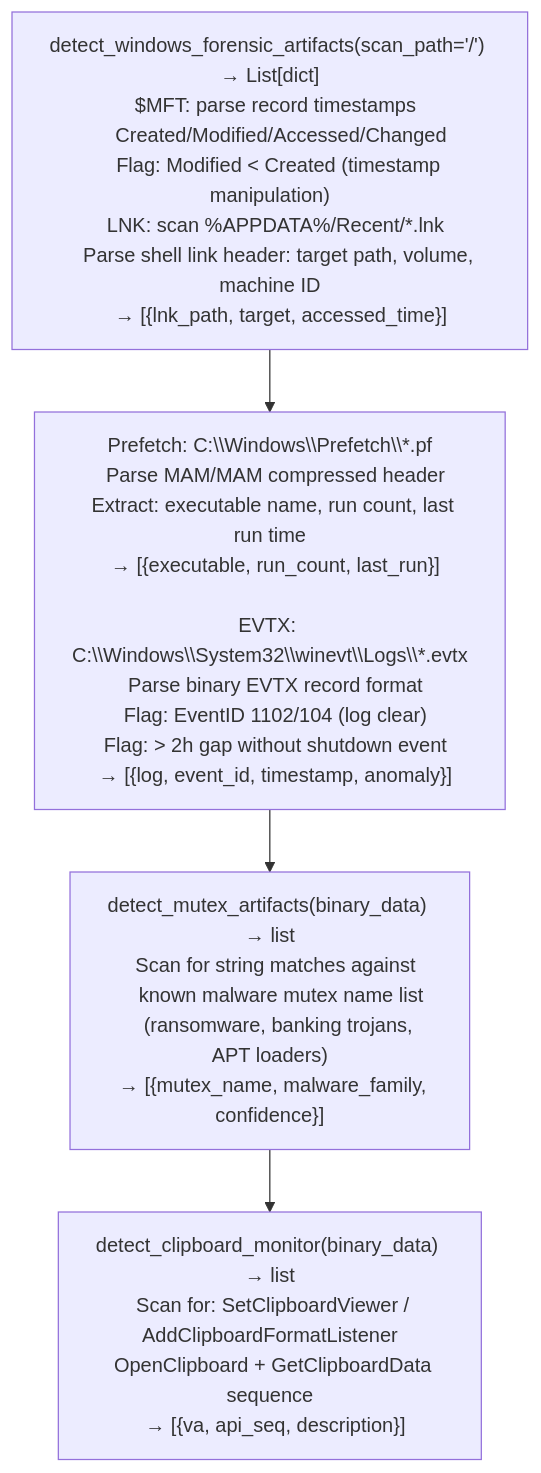
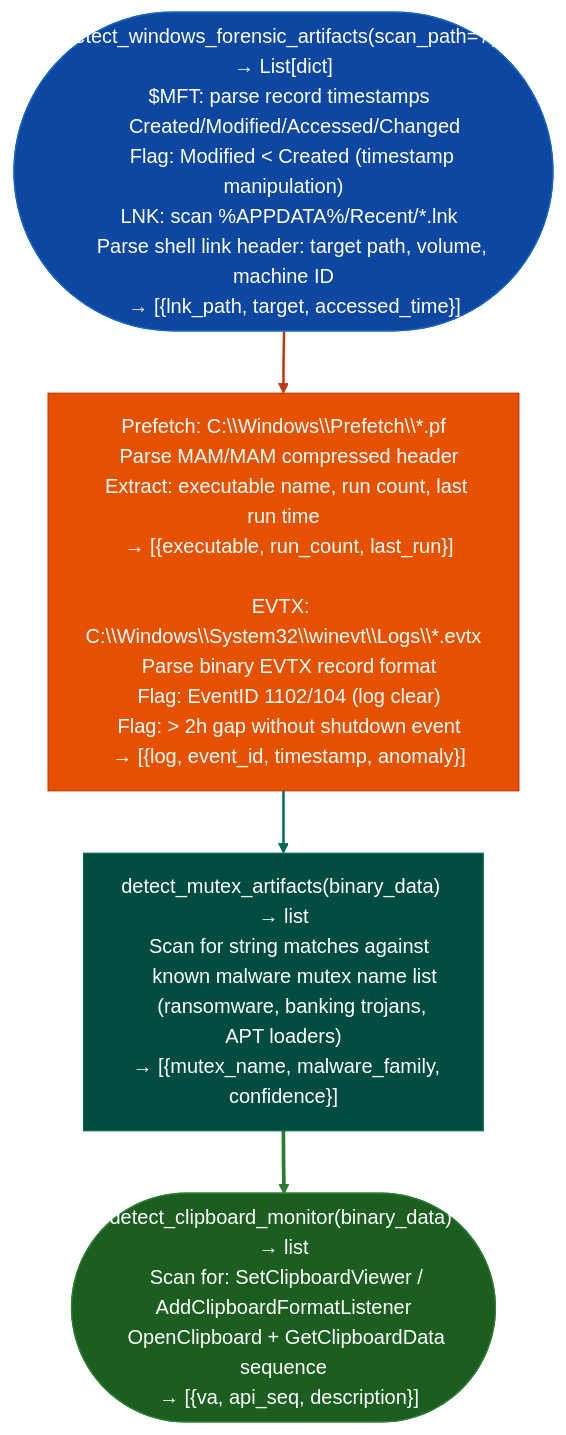
One commit to Ablation-Tool/ablation changed the diagram in docs/reference-modules/windows-artifact-discovery.md. Above: the diagram before and after it, drawn with Mermaid. The commit also changed 320 other files, not shown here.

First line of the commit message:
docs: apply canonical Mermaid template to all 321 diagrams

````diff
--- a/docs/reference-modules/windows-artifact-discovery.md
+++ b/docs/reference-modules/windows-artifact-discovery.md
@@ -19,6 +19,15 @@
 ```mermaid
 flowchart TD
-    A["detect_windows_forensic_artifacts(scan_path='/') → List[dict]\n  $MFT: parse record timestamps\n    Created/Modified/Accessed/Changed\n    Flag: Modified < Created (timestamp manipulation)\n  LNK: scan %APPDATA%/Recent/*.lnk\n    Parse shell link header: target path, volume, machine ID\n    → [{lnk_path, target, accessed_time}]"] --> B["Prefetch: C:\\Windows\\Prefetch\\*.pf\n  Parse MAM/MAM compressed header\n  Extract: executable name, run count, last run time\n  → [{executable, run_count, last_run}]\n\nEVTX: C:\\Windows\\System32\\winevt\\Logs\\*.evtx\n  Parse binary EVTX record format\n  Flag: EventID 1102/104 (log clear)\n  Flag: > 2h gap without shutdown event\n  → [{log, event_id, timestamp, anomaly}]"]
-    B --> C["detect_mutex_artifacts(binary_data) → list\n  Scan for string matches against\n    known malware mutex name list\n    (ransomware, banking trojans, APT loaders)\n  → [{mutex_name, malware_family, confidence}]"]
-    C --> D["detect_clipboard_monitor(binary_data) → list\n  Scan for: SetClipboardViewer / AddClipboardFormatListener\n  OpenClipboard + GetClipboardData sequence\n  → [{va, api_seq, description}]"]
+    A(["detect_windows_forensic_artifacts(scan_path='/') → List[dict]\n  $MFT: parse record timestamps\n    Created/Modified/Accessed/Changed\n    Flag: Modified < Created (timestamp manipulation)\n  LNK: scan %APPDATA%/Recent/*.lnk\n    Parse shell link header: target path, volume, machine ID\n    → [{lnk_path, target, accessed_time}]"]):::input --> B["Prefetch: C:\\Windows\\Prefetch\\*.pf\n  Parse MAM/MAM compressed header\n  Extract: executable name, run count, last run time\n  → [{executable, run_count, last_run}]\n\nEVTX: C:\\Windows\\System32\\winevt\\Logs\\*.evtx\n  Parse binary EVTX record format\n  Flag: EventID 1102/104 (log clear)\n  Flag: > 2h gap without shutdown event\n  → [{log, event_id, timestamp, anomaly}]"]:::primary
+    B:::primary --> C["detect_mutex_artifacts(binary_data) → list\n  Scan for string matches against\n    known malware mutex name list\n    (ransomware, banking trojans, APT loaders)\n  → [{mutex_name, malware_family, confidence}]"]:::secondary
+    C:::secondary --> D(["detect_clipboard_monitor(binary_data) → list\n  Scan for: SetClipboardViewer / AddClipboardFormatListener\n  OpenClipboard + GetClipboardData sequence\n  → [{va, api_seq, description}]"]):::output
+    classDef input     fill:#0d47a1,stroke:#1565c0,color:#fff
+    classDef primary   fill:#e65100,stroke:#bf360c,color:#fff
+    classDef secondary fill:#004d40,stroke:#00695c,color:#fff
+    classDef tertiary  fill:#4a148c,stroke:#6a1b9a,color:#fff
+    classDef neutral   fill:#37474f,stroke:#546e7a,color:#fff
+    classDef output    fill:#1b5e20,stroke:#2e7d32,color:#fff
+    linkStyle 0 stroke:#bf360c,stroke-width:2px
+    linkStyle 1 stroke:#00695c,stroke-width:2px
+    linkStyle 2 stroke:#2e7d32,stroke-width:3px
 ```
````
